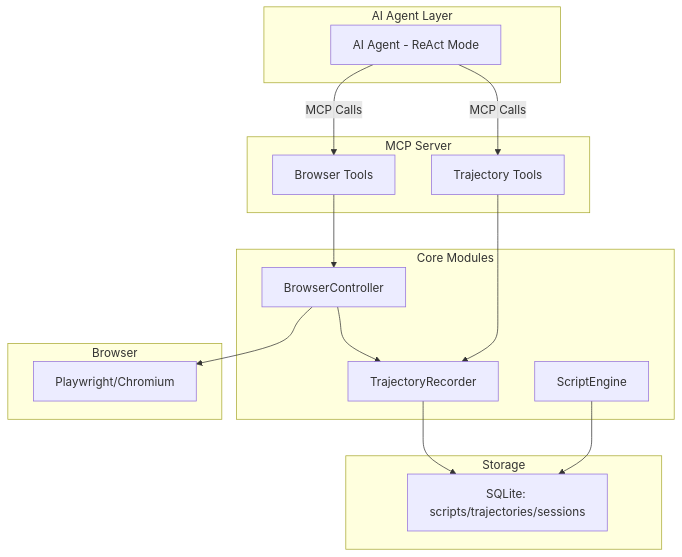
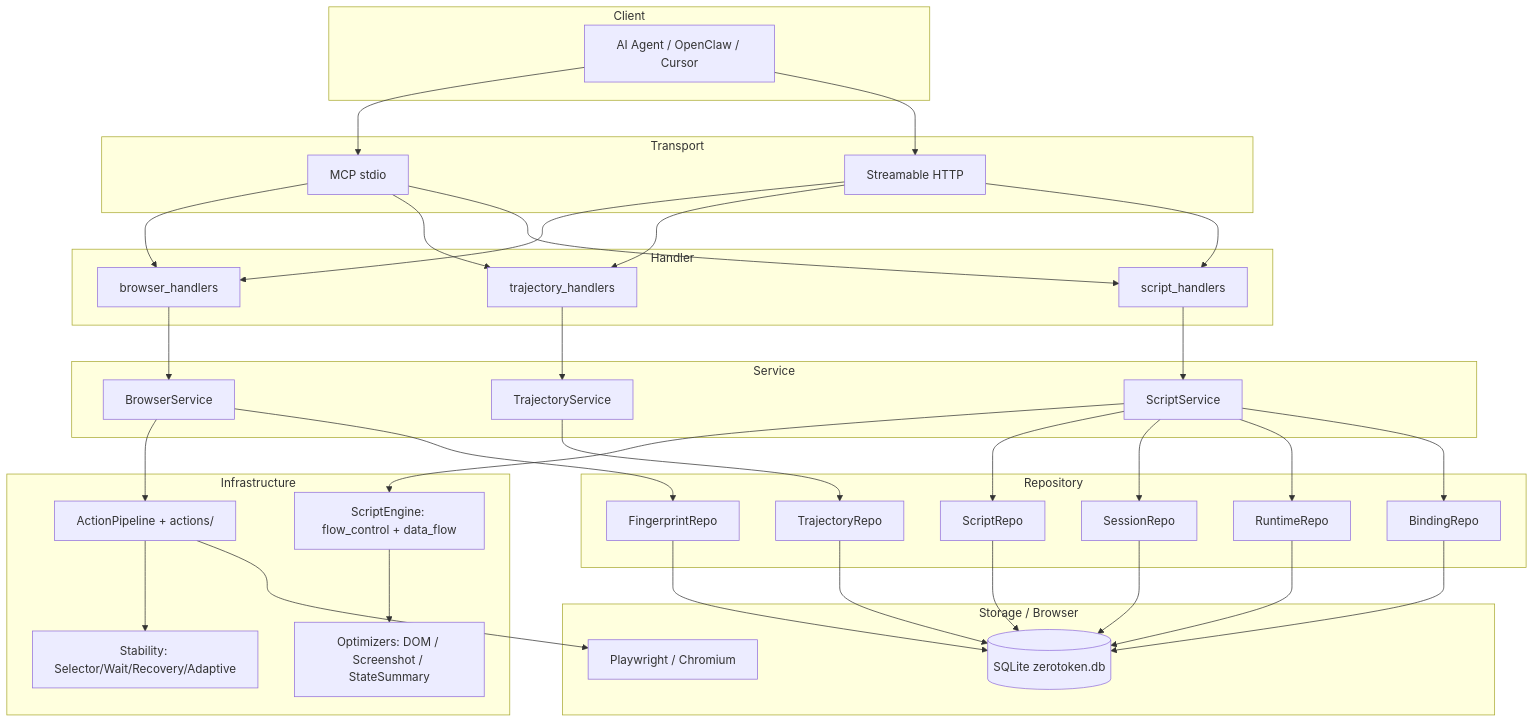
Before and after one commit to AMOS144/ZeroToken: the diagram in README.md, drawn with Mermaid. The commit also changed other lines of this file, not shown here.

First line of the commit message:
docs(readme): rewrite to reflect current architecture

````diff
--- a/README.md
+++ b/README.md
@@ -221,36 +199,59 @@
 ```mermaid
 graph TB
-    subgraph "AI Agent Layer"
-        A[AI Agent - ReAct Mode]
+    subgraph "Client"
+        A[AI Agent / OpenClaw / Cursor]
     end
 
-    subgraph "MCP Server"
-        B1[Browser Tools]
-        B2[Trajectory Tools]
+    subgraph "Transport"
+        T1[MCP stdio]
+        T2[Streamable HTTP]
     end
 
-    subgraph "Core Modules"
-        C1[BrowserController]
-        C2[TrajectoryRecorder]
-        C3[ScriptEngine]
+    subgraph "Handler"
+        H1[browser_handlers]
+        H2[trajectory_handlers]
+        H3[script_handlers]
     end
 
-    subgraph "Storage"
-        D1["SQLite: scripts/trajectories/sessions"]
+    subgraph "Service"
+        S1[BrowserService]
+        S2[TrajectoryService]
+        S3[ScriptService]
     end
 
-    subgraph "Browser"
-        E[Playwright/Chromium]
+    subgraph "Infrastructure"
+        I1[ActionPipeline + actions/]
+        I2[Stability: Selector/Wait/Recovery/Adaptive]
+        I3[ScriptEngine: flow_control + data_flow]
+        I4[Optimizers: DOM / Screenshot / StateSummary]
     end
 
-    A -->|MCP Calls| B1
-    A -->|MCP Calls| B2
+    subgraph "Repository"
+        R1[ScriptRepo]
+        R2[TrajectoryRepo]
+        R3[SessionRepo]
+        R4[RuntimeRepo]
+        R5[FingerprintRepo]
+        R6[BindingRepo]
+    end
 
-    B1 --> C1
-    B2 --> C2
+    subgraph "Storage / Browser"
+        DB[(SQLite zerotoken.db)]
+        PW[Playwright / Chromium]
+    end
 
-    C1 --> E
-    C1 --> C2
-    C2 --> D1
-    C3 --> D1
+    A --> T1
+    A --> T2
+    T1 --> H1 & H2 & H3
+    T2 --> H1 & H2 & H3
+    H1 --> S1
+    H2 --> S2
+    H3 --> S3
+    S1 --> I1 --> I2
+    S2 --> R2
+    S3 --> I3 --> I4
+    S3 --> R1 & R3 & R4 & R6
+    S1 --> R5
+    I1 --> PW
+    R1 & R2 & R3 & R4 & R5 & R6 --> DB
 ```
````
